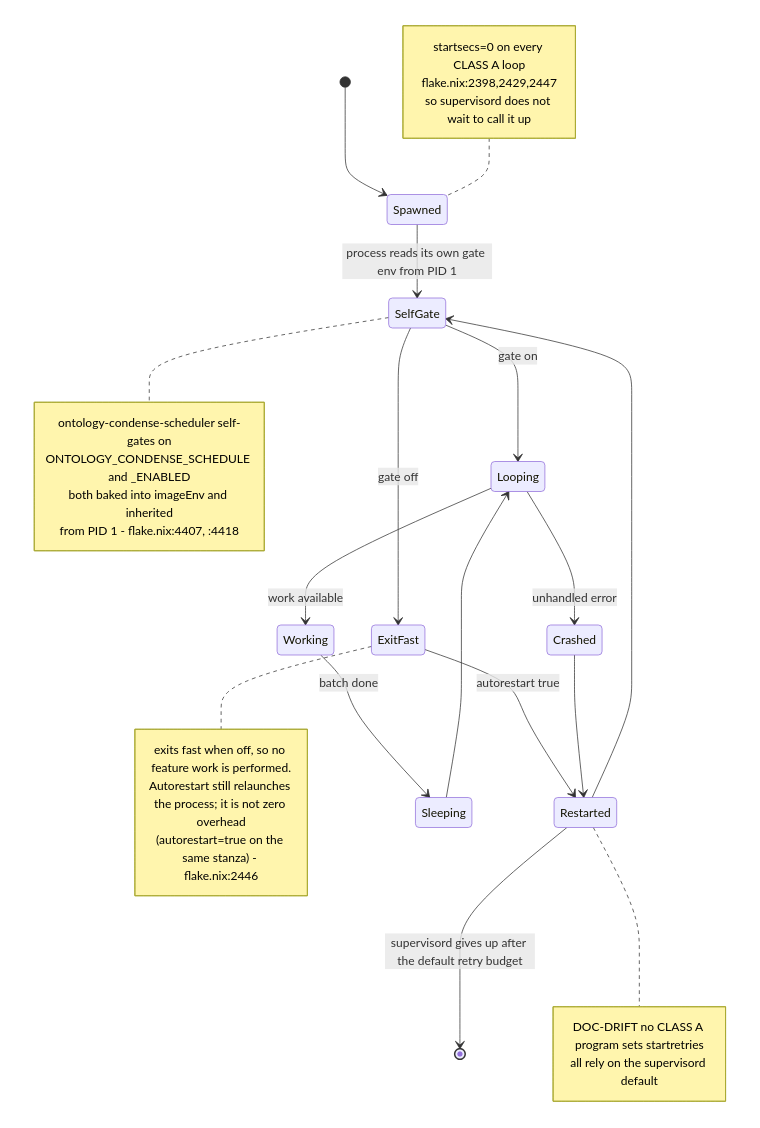
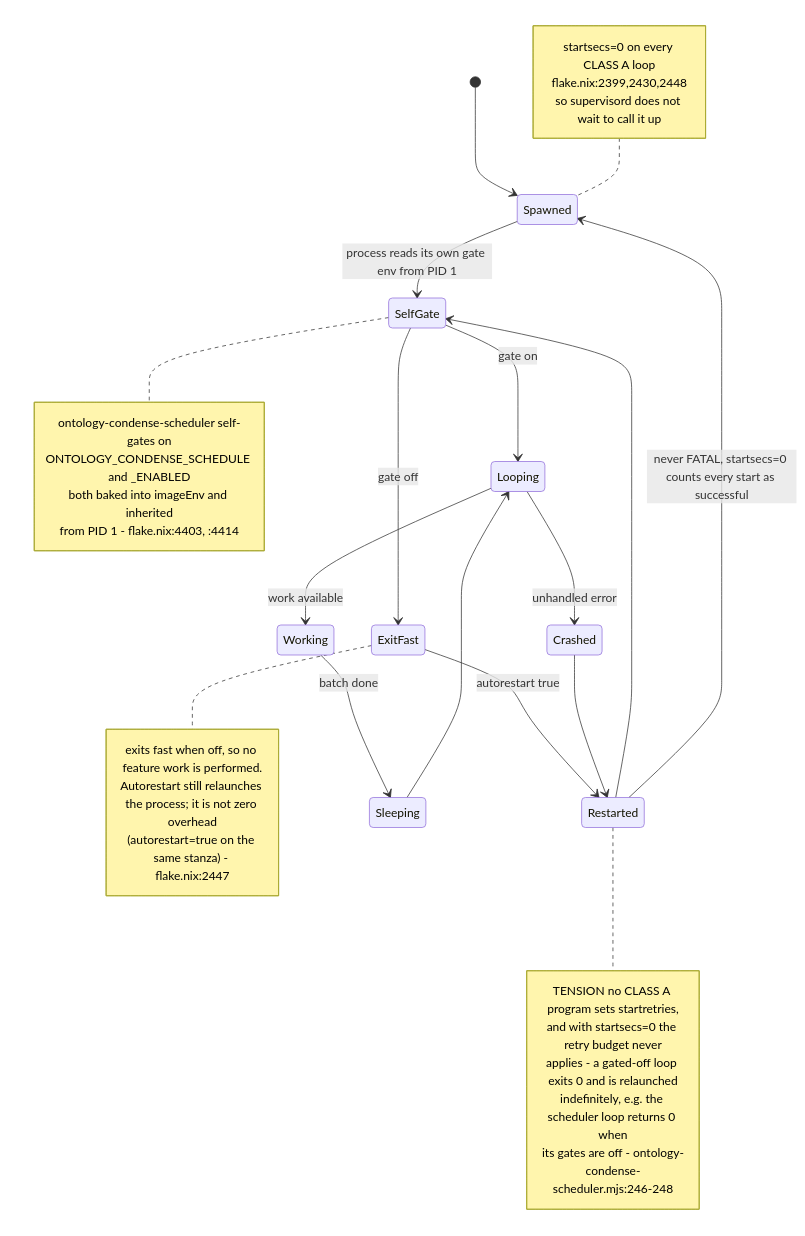
The second of 11 diagrams in docs/diagrams/agentbox/07-daemons-reapers-cron-backups.md (DreamLab-AI/VisionFlow), drawn with Mermaid before and after one commit. The commit also changed other lines of this file and 173 other files, not shown here.

````diff
--- a/docs/diagrams/agentbox/07-daemons-reapers-cron-backups.md
+++ b/docs/diagrams/agentbox/07-daemons-reapers-cron-backups.md
@@ -54,36 +55,39 @@
 ```mermaid
 stateDiagram-v2
     [*] --> Spawned
     Spawned --> SelfGate: process reads its own gate env from PID 1
     SelfGate --> ExitFast: gate off
     SelfGate --> Looping: gate on
     ExitFast --> Restarted: autorestart true
     Restarted --> SelfGate
     Looping --> Working: work available
     Working --> Sleeping: batch done
     Sleeping --> Looping
     Looping --> Crashed: unhandled error
     Crashed --> Restarted
-    Restarted --> [*]: supervisord gives up after the default retry budget
+    Restarted --> Spawned: never FATAL, startsecs=0 counts every start as successful
 
     note right of SelfGate
         ontology-condense-scheduler self-gates on
         ONTOLOGY_CONDENSE_SCHEDULE and _ENABLED
         both baked into imageEnv and inherited
-        from PID 1 - flake.nix:4407, :4418
+        from PID 1 - flake.nix:4403, :4414
     end note
     note right of ExitFast
         exits fast when off, so no feature work is performed.
         Autorestart still relaunches the process; it is not zero overhead
-        (autorestart=true on the same stanza) - flake.nix:2446
+        (autorestart=true on the same stanza) - flake.nix:2447
     end note
     note left of Spawned
         startsecs=0 on every CLASS A loop
-        flake.nix:2398,2429,2447
+        flake.nix:2399,2430,2448
         so supervisord does not wait to call it up
     end note
     note right of Restarted
-        DOC-DRIFT no CLASS A program sets startretries
-        all rely on the supervisord default
+        TENSION no CLASS A program sets startretries,
+        and with startsecs=0 the retry budget never
+        applies - a gated-off loop exits 0 and is relaunched
+        indefinitely, e.g. the scheduler loop returns 0 when
+        its gates are off - ontology-condense-scheduler.mjs:246-248
     end note
 ```
````
